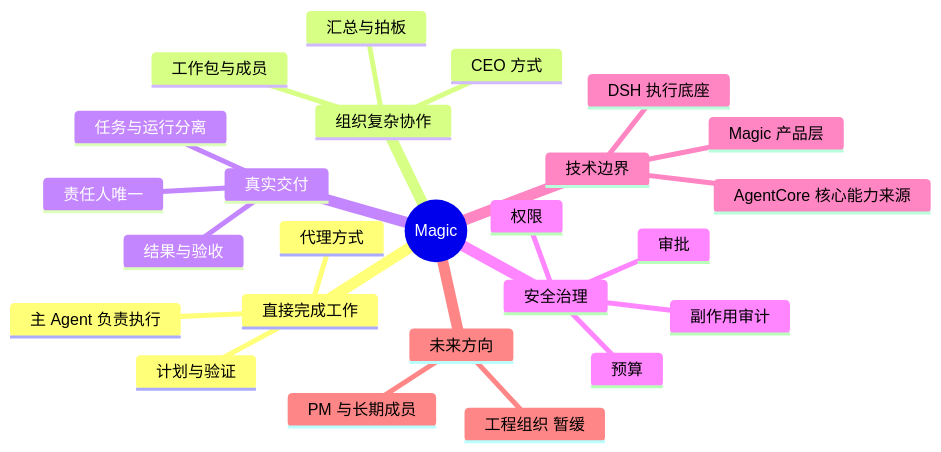
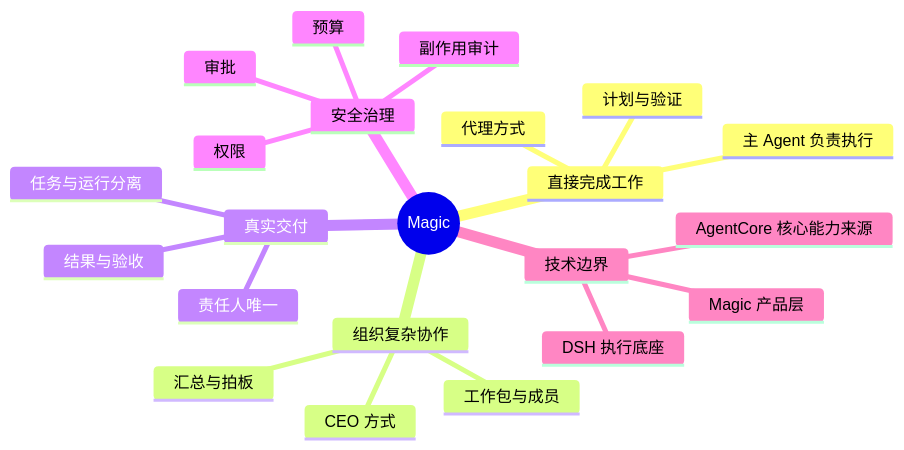
Before and after one commit to liu629711-spec/Magic: the first of 5 diagrams in docs/01-产品/PRD-01-Magic产品总览.md, drawn with Mermaid. The commit also changed other lines of this file and 24 other files, not shown here.

Commit message:
docs: reorganize for own-client phase; add own-client architecture doc (09); drop PRD-03/engineering docs

````diff
--- a/docs/01-产品/PRD-01-Magic产品总览.md
+++ b/docs/01-产品/PRD-01-Magic产品总览.md
@@ -20,28 +20,25 @@
 ```mermaid
 mindmap
   root((Magic))
     直接完成工作
       代理方式
       主 Agent 负责执行
       计划与验证
     组织复杂协作
       CEO 方式
       工作包与成员
       汇总与拍板
     真实交付
       责任人唯一
       任务与运行分离
       结果与验收
     安全治理
       权限
       预算
       审批
       副作用审计
     技术边界
       Magic 产品层
       DSH 执行底座
       AgentCore 核心能力来源
-    未来方向
-      工程组织 暂缓
-      PM 与长期成员
 ```
````
